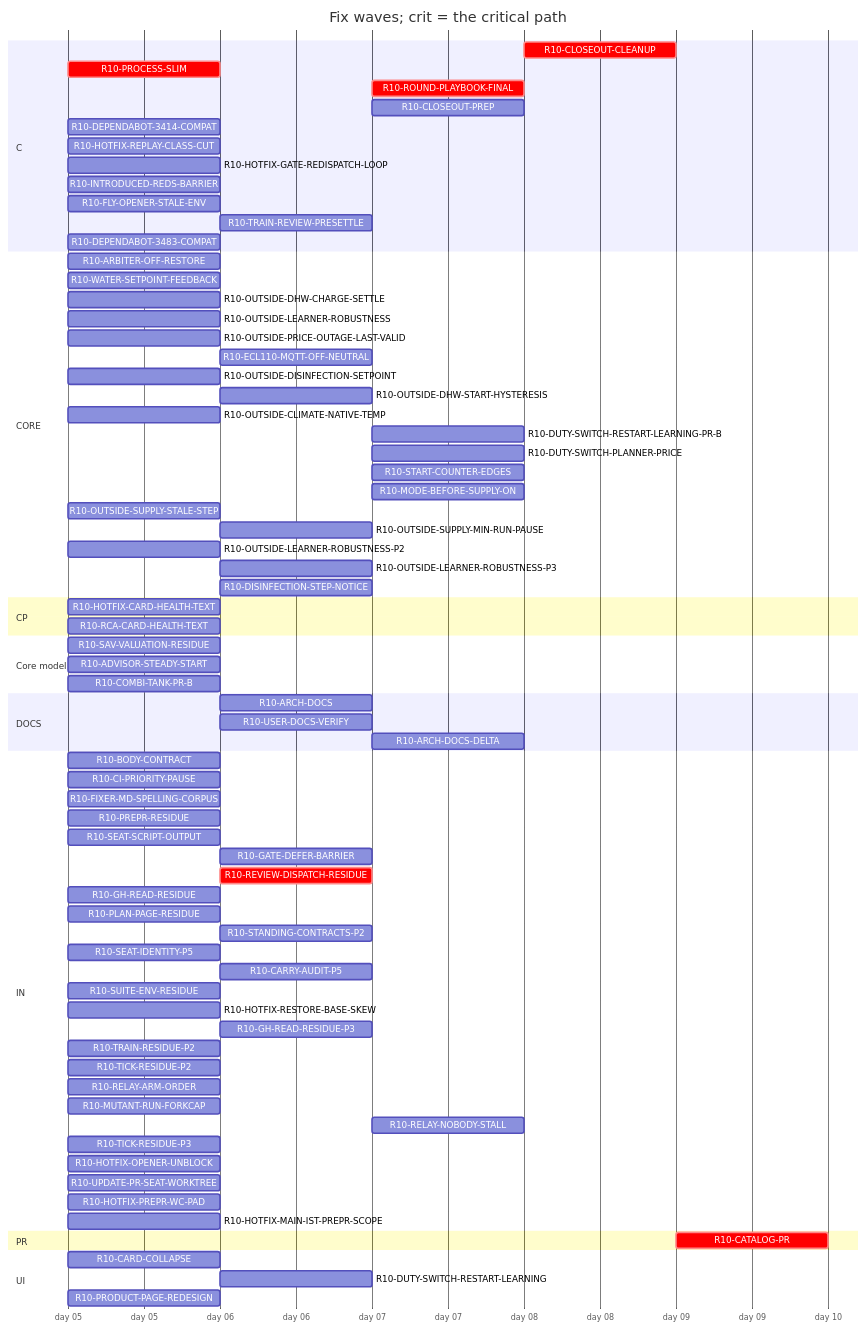
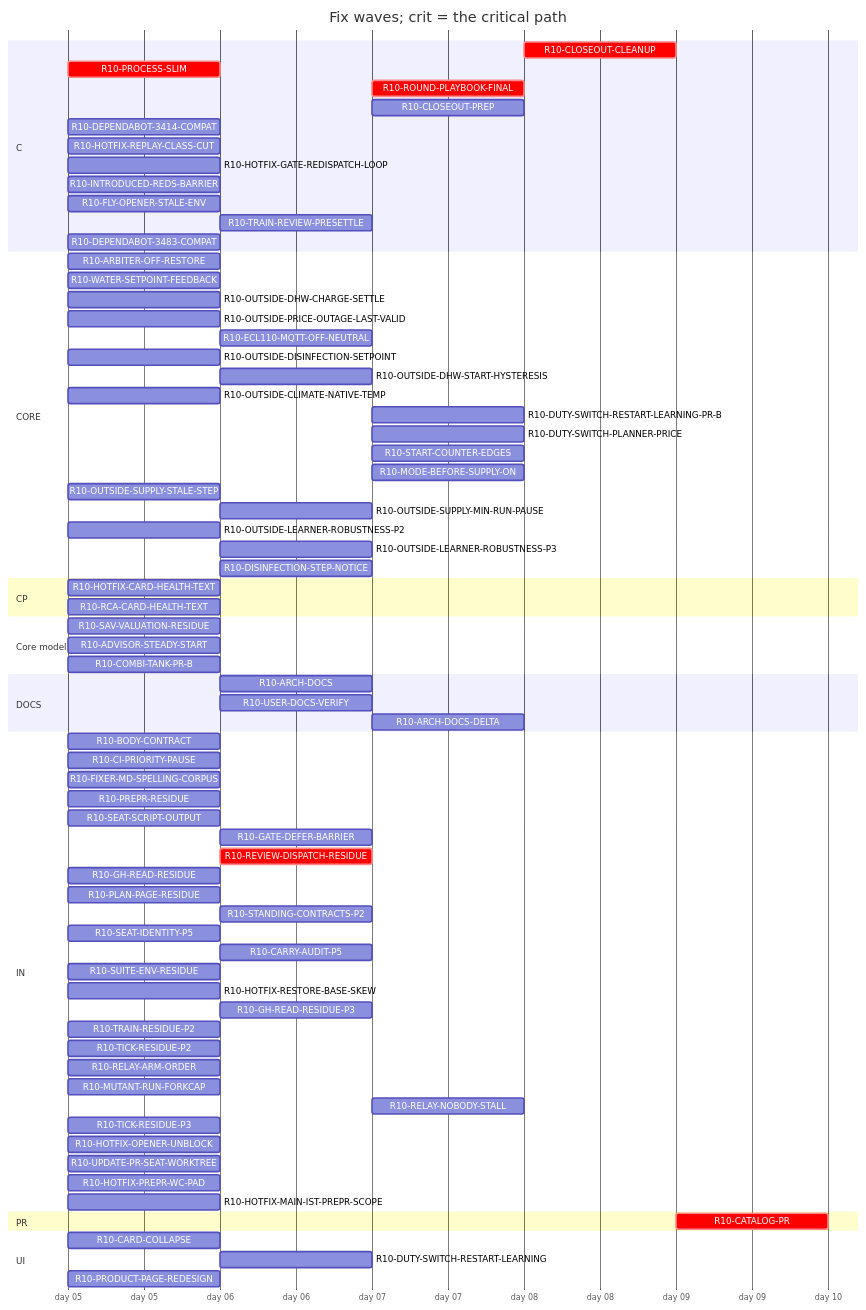
Before and after one commit to tvofi/heatpump_optimizer: the diagram in handoff/round10/state/PLAN-TABLE.md, drawn with Mermaid. The commit also changed other lines of this file and 3 other files, not shown here.

Commit message:
state: FLOW-BOARD.md, NEXT-SESSION-PROMPT.md, PLAN-TABLE.md, RESUME-CURRENT.md regenerated (state_docs.py)

````diff
--- a/handoff/round10/state/PLAN-TABLE.md
+++ b/handoff/round10/state/PLAN-TABLE.md
@@ -21,80 +21,79 @@
 ```mermaid
 gantt
   title Fix waves; crit = the critical path
   dateFormat YYYY-MM-DD
   axisFormat day %d
   section C
     R10-CLOSEOUT-CLEANUP :crit, r10CLOSEOUTCLEANUP, after r10ARCHDOCS r10USERDOCSVERIFY r10ROUNDPLAYBOOKFINAL r10CLOSEOUTPREP r10ARCHDOCSDELTA, 1d
     R10-PROCESS-SLIM :crit, r10PROCESSSLIM, 2026-01-05, 1d
     R10-ROUND-PLAYBOOK-FINAL :crit, r10ROUNDPLAYBOOKFINAL, after r10BODYCONTRACT r10PROCESSSLIM r10FIXERMDSPELLINGCORPUS r10PREPRRESIDUE r10SEATSCRIPTOUTPUT r10REVIEWDISPATCHRESIDUE r10CARRYAUDITP5 r10SEATIDENTITYP5 r10STANDINGCONTRACTSP2 r10PLANPAGERESIDUE r10GHREADRESIDUE r10SUITEENVRESIDUE r10GATEDEFERBARRIER, 1d
     R10-CLOSEOUT-PREP :r10CLOSEOUTPREP, after r10ARCHDOCS r10BODYCONTRACT r10PROCESSSLIM r10FIXERMDSPELLINGCORPUS r10PREPRRESIDUE r10SEATSCRIPTOUTPUT r10REVIEWDISPATCHRESIDUE r10CARRYAUDITP5 r10SEATIDENTITYP5 r10STANDINGCONTRACTSP2 r10PLANPAGERESIDUE r10GHREADRESIDUE r10SUITEENVRESIDUE r10GATEDEFERBARRIER, 1d
     R10-DEPENDABOT-3414-COMPAT :r10DEPENDABOT3414COMPAT, 2026-01-05, 1d
     R10-HOTFIX-REPLAY-CLASS-CUT :r10HOTFIXREPLAYCLASSCUT, 2026-01-05, 1d
     R10-HOTFIX-GATE-REDISPATCH-LOOP :r10HOTFIXGATEREDISPATCHLOOP, 2026-01-05, 1d
     R10-INTRODUCED-REDS-BARRIER :r10INTRODUCEDREDSBARRIER, 2026-01-05, 1d
     R10-FLY-OPENER-STALE-ENV :r10FLYOPENERSTALEENV, 2026-01-05, 1d
     R10-TRAIN-REVIEW-PRESETTLE :r10TRAINREVIEWPRESETTLE, after r10TRAINRESIDUEP2, 1d
     R10-DEPENDABOT-3483-COMPAT :r10DEPENDABOT3483COMPAT, 2026-01-05, 1d
   section CORE
     R10-ARBITER-OFF-RESTORE :r10ARBITEROFFRESTORE, 2026-01-05, 1d
     R10-WATER-SETPOINT-FEEDBACK :r10WATERSETPOINTFEEDBACK, 2026-01-05, 1d
     R10-OUTSIDE-DHW-CHARGE-SETTLE :r10OUTSIDEDHWCHARGESETTLE, 2026-01-05, 1d
-    R10-OUTSIDE-LEARNER-ROBUSTNESS :r10OUTSIDELEARNERROBUSTNESS, 2026-01-05, 1d
     R10-OUTSIDE-PRICE-OUTAGE-LAST-VALID :r10OUTSIDEPRICEOUTAGELASTVALID, 2026-01-05, 1d
     R10-ECL110-MQTT-OFF-NEUTRAL :r10ECL110MQTTOFFNEUTRAL, after r10ARBITEROFFRESTORE, 1d
     R10-OUTSIDE-DISINFECTION-SETPOINT :r10OUTSIDEDISINFECTIONSETPOINT, 2026-01-05, 1d
     R10-OUTSIDE-DHW-START-HYSTERESIS :r10OUTSIDEDHWSTARTHYSTERESIS, after r10OUTSIDEDISINFECTIONSETPOINT, 1d
     R10-OUTSIDE-CLIMATE-NATIVE-TEMP :r10OUTSIDECLIMATENATIVETEMP, 2026-01-05, 1d
     R10-DUTY-SWITCH-RESTART-LEARNING-PR-B :r10DUTYSWITCHRESTARTLEARNINGPRB, after r10DUTYSWITCHRESTARTLEARNING, 1d
     R10-DUTY-SWITCH-PLANNER-PRICE :r10DUTYSWITCHPLANNERPRICE, after r10DUTYSWITCHRESTARTLEARNING, 1d
     R10-START-COUNTER-EDGES :r10STARTCOUNTEREDGES, after r10DUTYSWITCHRESTARTLEARNING, 1d
     R10-MODE-BEFORE-SUPPLY-ON :r10MODEBEFORESUPPLYON, after r10DUTYSWITCHRESTARTLEARNING, 1d
     R10-OUTSIDE-SUPPLY-STALE-STEP :r10OUTSIDESUPPLYSTALESTEP, 2026-01-05, 1d
     R10-OUTSIDE-SUPPLY-MIN-RUN-PAUSE :r10OUTSIDESUPPLYMINRUNPAUSE, after r10OUTSIDESUPPLYSTALESTEP, 1d
     R10-OUTSIDE-LEARNER-ROBUSTNESS-P2 :r10OUTSIDELEARNERROBUSTNESSP2, 2026-01-05, 1d
-    R10-OUTSIDE-LEARNER-ROBUSTNESS-P3 :r10OUTSIDELEARNERROBUSTNESSP3, after r10OUTSIDELEARNERROBUSTNESS r10OUTSIDELEARNERROBUSTNESSP2, 1d
+    R10-OUTSIDE-LEARNER-ROBUSTNESS-P3 :r10OUTSIDELEARNERROBUSTNESSP3, after r10OUTSIDELEARNERROBUSTNESSP2, 1d
     R10-DISINFECTION-STEP-NOTICE :r10DISINFECTIONSTEPNOTICE, after r10OUTSIDEDISINFECTIONSETPOINT, 1d
   section CP
     R10-HOTFIX-CARD-HEALTH-TEXT :r10HOTFIXCARDHEALTHTEXT, 2026-01-05, 1d
     R10-RCA-CARD-HEALTH-TEXT :r10RCACARDHEALTHTEXT, 2026-01-05, 1d
   section Core model
     R10-SAV-VALUATION-RESIDUE :r10SAVVALUATIONRESIDUE, 2026-01-05, 1d
     R10-ADVISOR-STEADY-START :r10ADVISORSTEADYSTART, 2026-01-05, 1d
     R10-COMBI-TANK-PR-B :r10COMBITANKPRB, 2026-01-05, 1d
   section DOCS
     R10-ARCH-DOCS :r10ARCHDOCS, after r10BODYCONTRACT r10PROCESSSLIM, 1d
     R10-USER-DOCS-VERIFY :r10USERDOCSVERIFY, after r10ARBITEROFFRESTORE r10PRODUCTPAGEREDESIGN, 1d
     R10-ARCH-DOCS-DELTA :r10ARCHDOCSDELTA, after r10ARCHDOCS r10ARBITEROFFRESTORE r10SAVVALUATIONRESIDUE r10ADVISORSTEADYSTART r10COMBITANKPRB, 1d
   section IN
     R10-BODY-CONTRACT :r10BODYCONTRACT, 2026-01-05, 1d
     R10-CI-PRIORITY-PAUSE :r10CIPRIORITYPAUSE, 2026-01-05, 1d
     R10-FIXER-MD-SPELLING-CORPUS :r10FIXERMDSPELLINGCORPUS, 2026-01-05, 1d
     R10-PREPR-RESIDUE :r10PREPRRESIDUE, 2026-01-05, 1d
     R10-SEAT-SCRIPT-OUTPUT :r10SEATSCRIPTOUTPUT, 2026-01-05, 1d
     R10-GATE-DEFER-BARRIER :r10GATEDEFERBARRIER, after r10HOTFIXGATEREDISPATCHLOOP, 1d
     R10-REVIEW-DISPATCH-RESIDUE :crit, r10REVIEWDISPATCHRESIDUE, after r10PROCESSSLIM, 1d
     R10-GH-READ-RESIDUE :r10GHREADRESIDUE, 2026-01-05, 1d
     R10-PLAN-PAGE-RESIDUE :r10PLANPAGERESIDUE, 2026-01-05, 1d
     R10-STANDING-CONTRACTS-P2 :r10STANDINGCONTRACTSP2, after r10FIXERMDSPELLINGCORPUS, 1d
     R10-SEAT-IDENTITY-P5 :r10SEATIDENTITYP5, 2026-01-05, 1d
     R10-CARRY-AUDIT-P5 :r10CARRYAUDITP5, after r10BODYCONTRACT, 1d
     R10-SUITE-ENV-RESIDUE :r10SUITEENVRESIDUE, 2026-01-05, 1d
     R10-HOTFIX-RESTORE-BASE-SKEW :r10HOTFIXRESTOREBASESKEW, 2026-01-05, 1d
     R10-GH-READ-RESIDUE-P3 :r10GHREADRESIDUEP3, after r10GHREADRESIDUE, 1d
     R10-TRAIN-RESIDUE-P2 :r10TRAINRESIDUEP2, 2026-01-05, 1d
     R10-TICK-RESIDUE-P2 :r10TICKRESIDUEP2, 2026-01-05, 1d
     R10-RELAY-ARM-ORDER :r10RELAYARMORDER, 2026-01-05, 1d
     R10-MUTANT-RUN-FORKCAP :r10MUTANTRUNFORKCAP, 2026-01-05, 1d
     R10-RELAY-NOBODY-STALL :r10RELAYNOBODYSTALL, after r10RELAYARMORDER r10REVIEWDISPATCHRESIDUE, 1d
     R10-TICK-RESIDUE-P3 :r10TICKRESIDUEP3, 2026-01-05, 1d
     R10-HOTFIX-OPENER-UNBLOCK :r10HOTFIXOPENERUNBLOCK, 2026-01-05, 1d
     R10-UPDATE-PR-SEAT-WORKTREE :r10UPDATEPRSEATWORKTREE, 2026-01-05, 1d
     R10-HOTFIX-PREPR-WC-PAD :r10HOTFIXPREPRWCPAD, 2026-01-05, 1d
     R10-HOTFIX-MAIN-IST-PREPR-SCOPE :r10HOTFIXMAINISTPREPRSCOPE, 2026-01-05, 1d
   section PR
     R10-CATALOG-PR :crit, r10CATALOGPR, after r10USERDOCSVERIFY r10ARCHDOCS r10ROUNDPLAYBOOKFINAL r10CLOSEOUTCLEANUP r10CLOSEOUTPREP r10ARCHDOCSDELTA, 1d
   section UI
     R10-CARD-COLLAPSE :r10CARDCOLLAPSE, 2026-01-05, 1d
     R10-DUTY-SWITCH-RESTART-LEARNING :r10DUTYSWITCHRESTARTLEARNING, after r10WATERSETPOINTFEEDBACK, 1d
     R10-PRODUCT-PAGE-REDESIGN :r10PRODUCTPAGEREDESIGN, 2026-01-05, 1d
 ```
````
